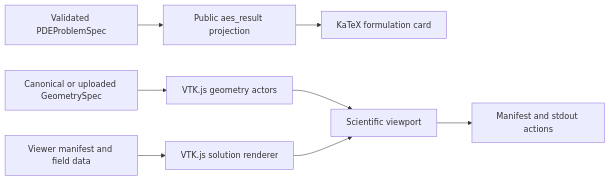
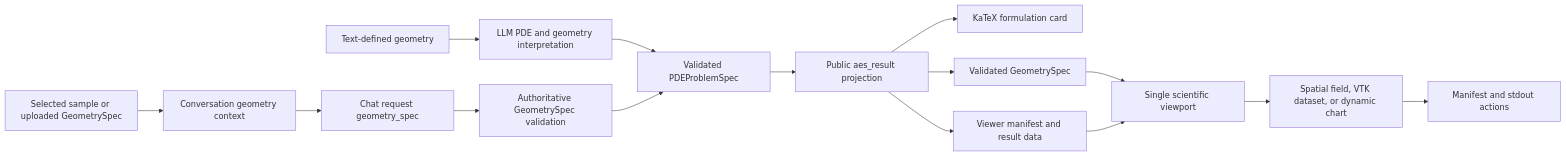
One commit to RadmirG/AES changed the eighth of 11 diagrams in docs/architecture.md. Above: the diagram before and after it, drawn with Mermaid. The commit also changed other lines of this file and 20 other files, not shown here.

````diff
--- a/docs/architecture.md
+++ b/docs/architecture.md
@@ -242,10 +243,17 @@
 ```mermaid
 flowchart LR
-    A["Validated PDEProblemSpec"] --> B["Public aes_result projection"]
+    A["Text-defined geometry"] --> LLM["LLM PDE and geometry interpretation"]
+    S["Selected sample or uploaded GeometrySpec"] --> CTX["Conversation geometry context"]
+    CTX --> API["Chat request geometry_spec"]
+    API --> VAL["Authoritative GeometrySpec validation"]
+    LLM --> P["Validated PDEProblemSpec"]
+    VAL --> P
+    P --> B["Public aes_result projection"]
     B --> C["KaTeX formulation card"]
-    D["Canonical or uploaded GeometrySpec"] --> E["VTK.js geometry actors"]
-    F["Viewer manifest and field data"] --> G["VTK.js solution renderer"]
-    E --> H["Scientific viewport"]
-    G --> H
-    H --> I["Manifest and stdout actions"]
+    B --> E["Validated GeometrySpec"]
+    B --> F["Viewer manifest and result data"]
+    E --> H["Single scientific viewport"]
+    F --> H
+    H --> I["Spatial field, VTK dataset, or dynamic chart"]
+    I --> J["Manifest and stdout actions"]
 ```
````
